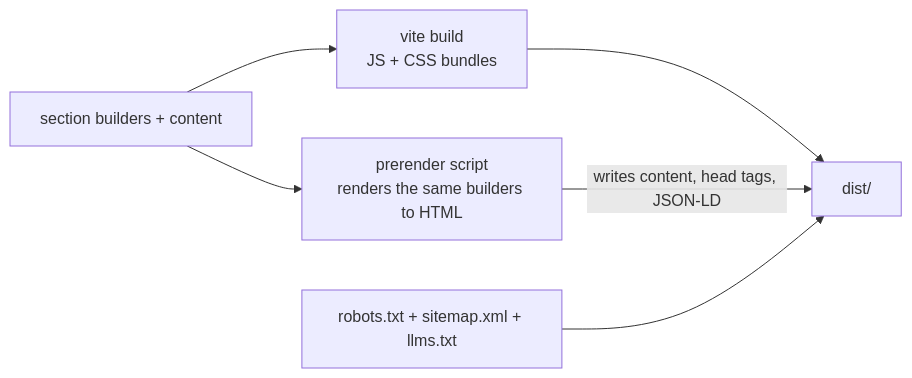
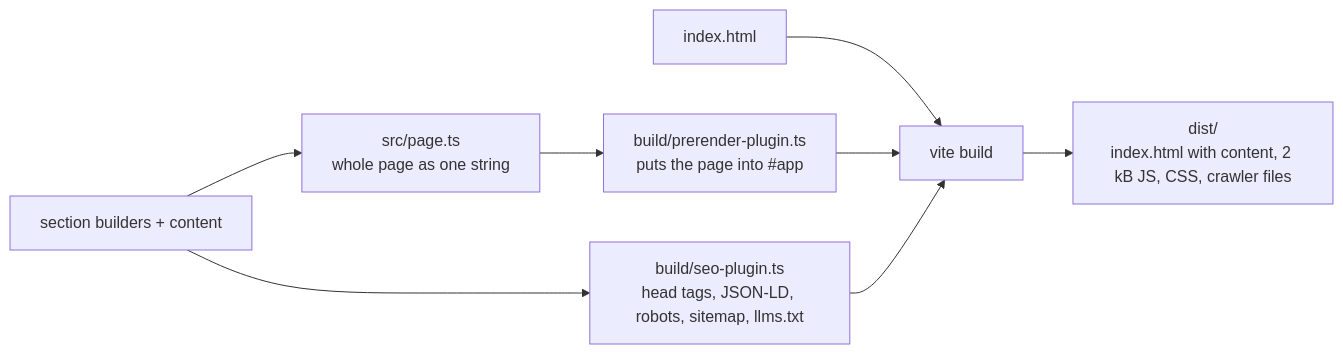
The second of 6 diagrams in docs/ARCHITECTURE.md (princesatapathy/Lumen-and-co), drawn with Mermaid before and after one commit. The commit also changed other lines of this file and 4 other files, not shown here.

First line of the commit message:
Step 5c: measure speed, update docs for the prerender and SEO build

````diff
--- a/docs/ARCHITECTURE.md
+++ b/docs/ARCHITECTURE.md
@@ -32,8 +32,10 @@
 ```mermaid
 flowchart LR
-  src[section builders + content] --> vite[vite build<br/>JS + CSS bundles]
-  src --> pre[prerender script<br/>renders the same builders to HTML]
-  vite --> dist[dist/]
-  pre -->|writes content, head tags, JSON-LD| dist
-  extra[robots.txt + sitemap.xml + llms.txt] --> dist
+  src[section builders + content] --> page[src/page.ts<br/>whole page as one string]
+  page --> pre[build/prerender-plugin.ts<br/>puts the page into #app]
+  src --> seo[build/seo-plugin.ts<br/>head tags, JSON-LD, robots, sitemap, llms.txt]
+  idx[index.html] --> vite[vite build]
+  pre --> vite
+  seo --> vite
+  vite --> dist[dist/<br/>index.html with content, 2 kB JS, CSS, crawler files]
 ```
````
